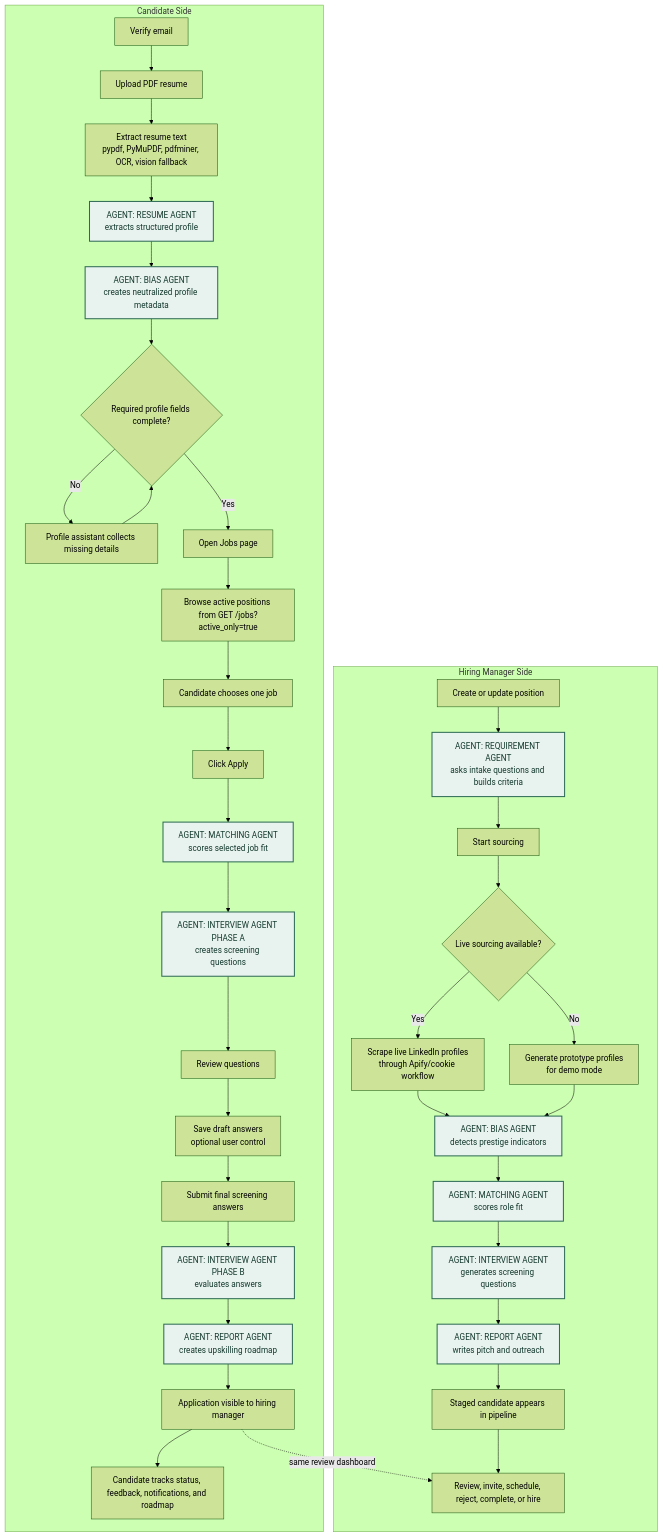
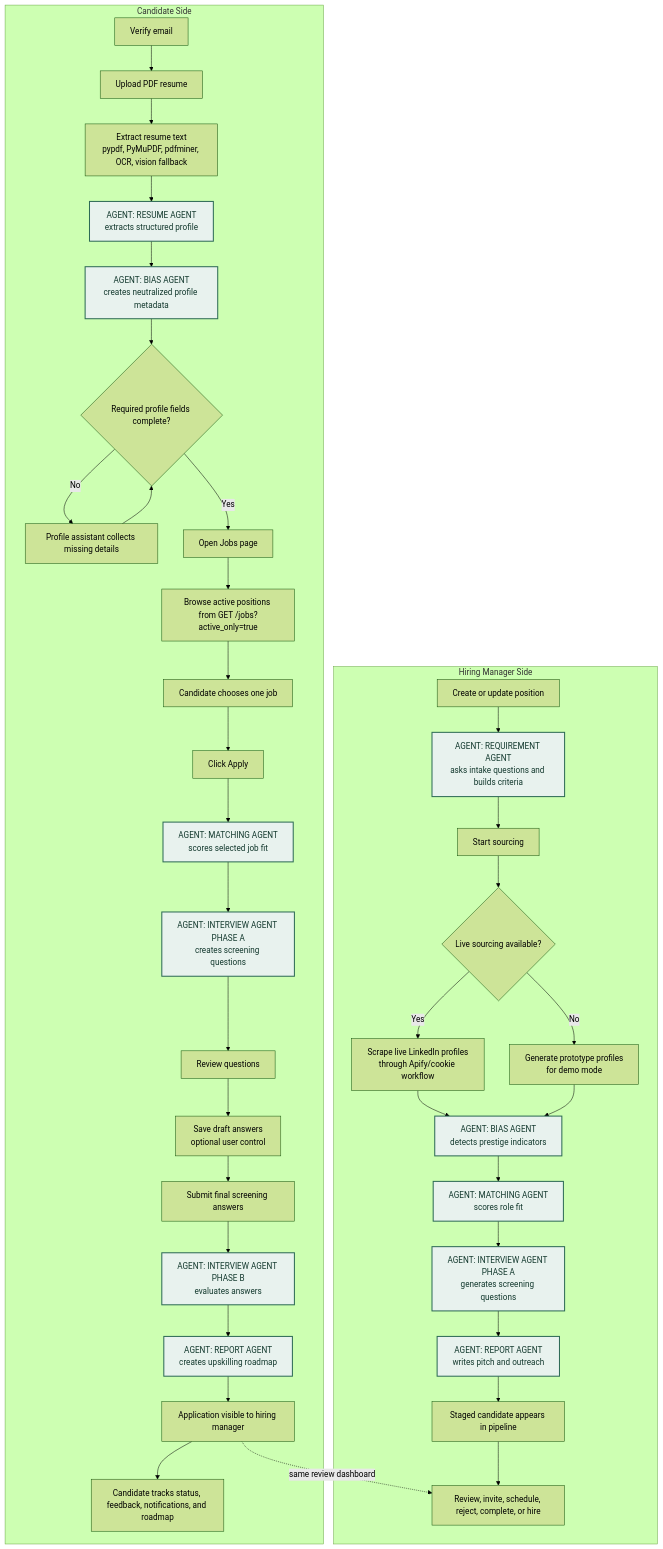
Before and after one commit to Xiaoming0313883/404-Brain-Not-Found-Recruiter: the second of 5 diagrams in README.md, drawn with Mermaid (forest theme). The commit also changed other lines of this file, not shown here.

````diff
--- a/README.md
+++ b/README.md
@@ -169,53 +177,53 @@
 ```mermaid
 flowchart TB
     subgraph HM_SIDE["Hiring Manager Side"]
         HM1["Create or update position"]
         HM2["AGENT: REQUIREMENT AGENT<br/>asks intake questions and builds criteria"]
         HM3["Start sourcing"]
         HM4{"Live sourcing available?"}
         HM5["Scrape live LinkedIn profiles<br/>through Apify/cookie workflow"]
         HM6["Generate prototype profiles<br/>for demo mode"]
         HM7["AGENT: BIAS AGENT<br/>detects prestige indicators"]
         HM8["AGENT: MATCHING AGENT<br/>scores role fit"]
-        HM9["AGENT: INTERVIEW AGENT<br/>generates screening questions"]
+        HM9["AGENT: INTERVIEW AGENT PHASE A<br/>generates screening questions"]
         HM10["AGENT: REPORT AGENT<br/>writes pitch and outreach"]
         HM11["Staged candidate appears in pipeline"]
         HM12["Review, invite, schedule, reject, complete, or hire"]
     end
 
     subgraph CAND_SIDE["Candidate Side"]
         C1["Verify email"]
         C2["Upload PDF resume"]
         C3["Extract resume text<br/>pypdf, PyMuPDF, pdfminer, OCR, vision fallback"]
         C4["AGENT: RESUME AGENT<br/>extracts structured profile"]
         C5["AGENT: BIAS AGENT<br/>creates neutralized profile metadata"]
         C6{"Required profile fields complete?"}
         C7["Profile assistant collects missing details"]
         C8["Open Jobs page"]
         C9["Browse active positions from GET /jobs?active_only=true"]
         C10["Candidate chooses one job"]
         C11["Click Apply"]
         C12["AGENT: MATCHING AGENT<br/>scores selected job fit"]
         C13["AGENT: INTERVIEW AGENT PHASE A<br/>creates screening questions"]
         C14["Review questions"]
         C15["Save draft answers<br/>optional user control"]
         C16["Submit final screening answers"]
         C17["AGENT: INTERVIEW AGENT PHASE B<br/>evaluates answers"]
         C18["AGENT: REPORT AGENT<br/>creates upskilling roadmap"]
         C19["Application visible to hiring manager"]
         C20["Candidate tracks status, feedback, notifications, and roadmap"]
     end
 
     HM1 --> HM2 --> HM3 --> HM4
     HM4 -->|Yes| HM5 --> HM7
     HM4 -->|No| HM6 --> HM7
     HM7 --> HM8 --> HM9 --> HM10 --> HM11 --> HM12
 
     C1 --> C2 --> C3 --> C4 --> C5 --> C6
     C6 -->|No| C7 --> C6
     C6 -->|Yes| C8 --> C9 --> C10 --> C11 --> C12 --> C13 --> C14 --> C15 --> C16 --> C17 --> C18 --> C19 --> C20
     C19 -. "same review dashboard" .-> HM12
 
     classDef agent fill:#e8f2ee,stroke:#2d6a55,stroke-width:2px,color:#12382d;
     class HM2,HM7,HM8,HM9,HM10,C4,C5,C12,C13,C17,C18 agent;
 ```
````
